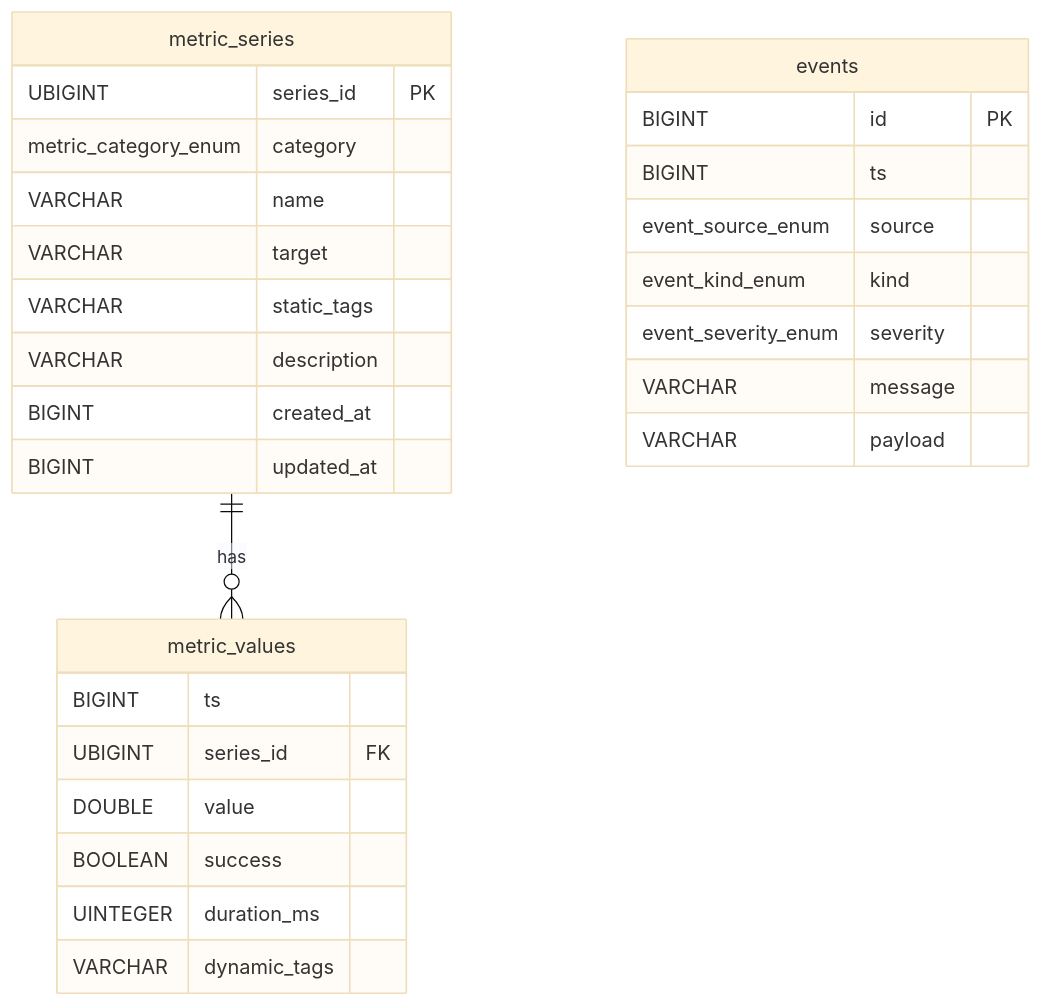
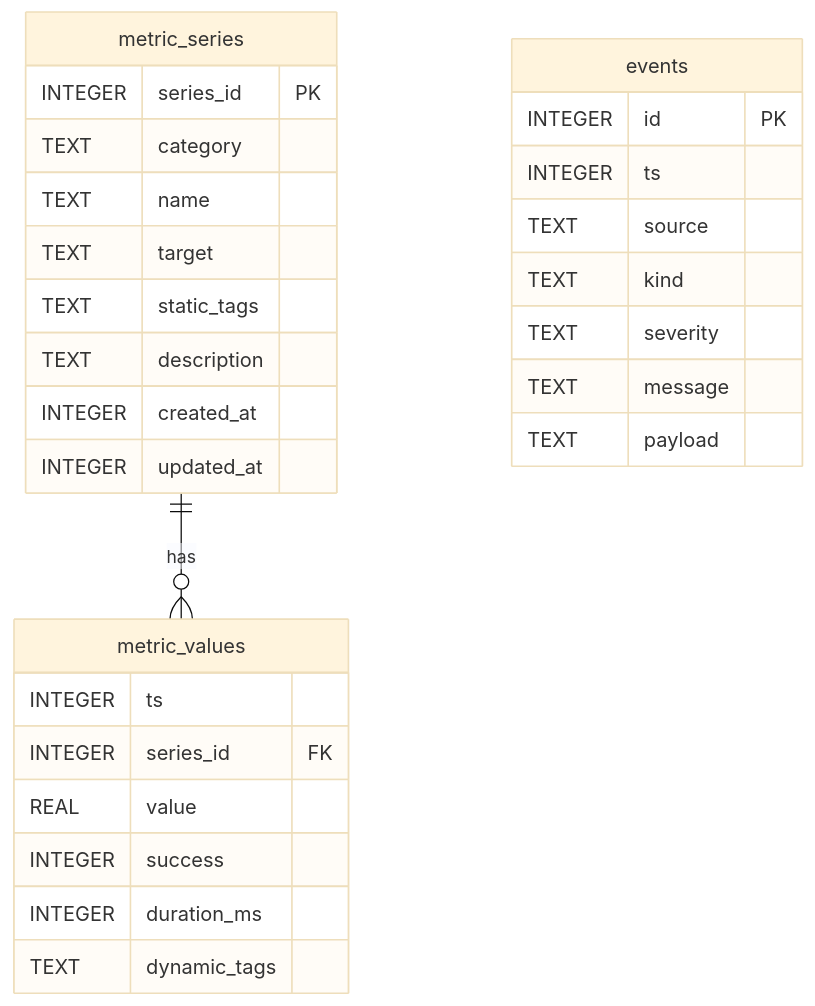
The diagram in docs/schema.md (telepair/oculus), drawn with Mermaid (base theme) before and after one commit. The commit also changed other lines of this file and 34 other files, not shown here.

````diff
--- a/docs/schema.md
+++ b/docs/schema.md
@@ -7,31 +7,31 @@
 ```mermaid
 erDiagram
     metric_series ||--o{ metric_values : "has"
     metric_series {
-        UBIGINT series_id PK
-        metric_category_enum category
-        VARCHAR name
-        VARCHAR target
-        VARCHAR static_tags
-        VARCHAR description
-        BIGINT created_at
-        BIGINT updated_at
+        INTEGER series_id PK
+        TEXT category
+        TEXT name
+        TEXT target
+        TEXT static_tags
+        TEXT description
+        INTEGER created_at
+        INTEGER updated_at
     }
     metric_values {
-        BIGINT ts
-        UBIGINT series_id FK
-        DOUBLE value
-        BOOLEAN success
-        UINTEGER duration_ms
-        VARCHAR dynamic_tags
+        INTEGER ts
+        INTEGER series_id FK
+        REAL value
+        INTEGER success
+        INTEGER duration_ms
+        TEXT dynamic_tags
     }
     events {
-        BIGINT id PK
-        BIGINT ts
-        event_source_enum source
-        event_kind_enum kind
-        event_severity_enum severity
-        VARCHAR message
-        VARCHAR payload
+        INTEGER id PK
+        INTEGER ts
+        TEXT source
+        TEXT kind
+        TEXT severity
+        TEXT message
+        TEXT payload
     }
 ```
````
